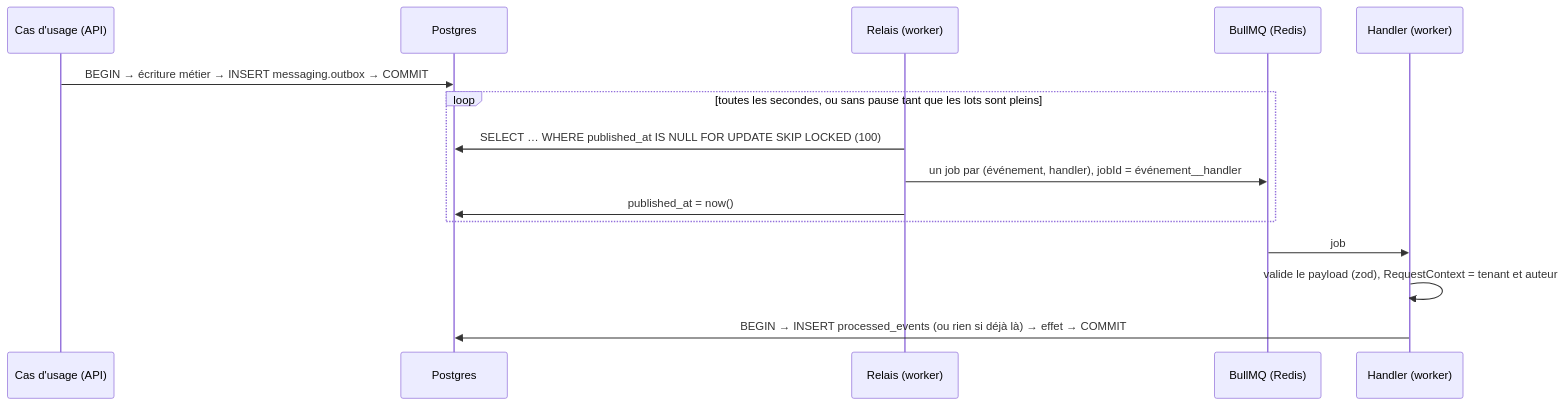
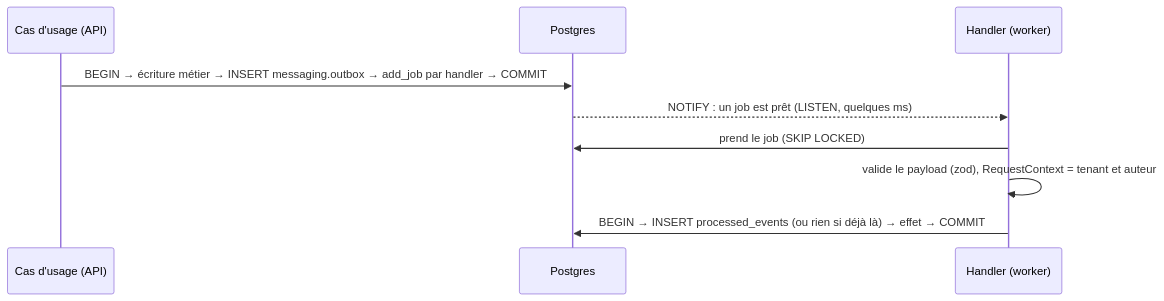
The diagram in docs/architecture/outbox-et-evenements.md (AlMoustapha01/monorepo-nx-react-nestjs), drawn with Mermaid before and after one commit. The commit also changed other lines of this file and 40 other files, not shown here.

First line of the commit message:
refactor(api-core): move the job queue to Postgres with Graphile Worker

````diff
--- a/docs/architecture/outbox-et-evenements.md
+++ b/docs/architecture/outbox-et-evenements.md
@@ -16,17 +16,11 @@
 ```mermaid
 sequenceDiagram
   participant U as Cas d'usage (API)
   participant DB as Postgres
-  participant R as Relais (worker)
-  participant Q as BullMQ (Redis)
   participant H as Handler (worker)
-  U->>DB: BEGIN → écriture métier → INSERT messaging.outbox → COMMIT
-  loop toutes les secondes, ou sans pause tant que les lots sont pleins
-    R->>DB: SELECT … WHERE published_at IS NULL FOR UPDATE SKIP LOCKED (100)
-    R->>Q: un job par (événement, handler), jobId = événement__handler
-    R->>DB: published_at = now()
-  end
-  Q->>H: job
+  U->>DB: BEGIN → écriture métier → INSERT messaging.outbox → add_job par handler → COMMIT
+  DB-->>H: NOTIFY : un job est prêt (LISTEN, quelques ms)
+  H->>DB: prend le job (SKIP LOCKED)
   H->>H: valide le payload (zod), RequestContext = tenant et auteur
   H->>DB: BEGIN → INSERT processed_events (ou rien si déjà là) → effet → COMMIT
 ```
````
